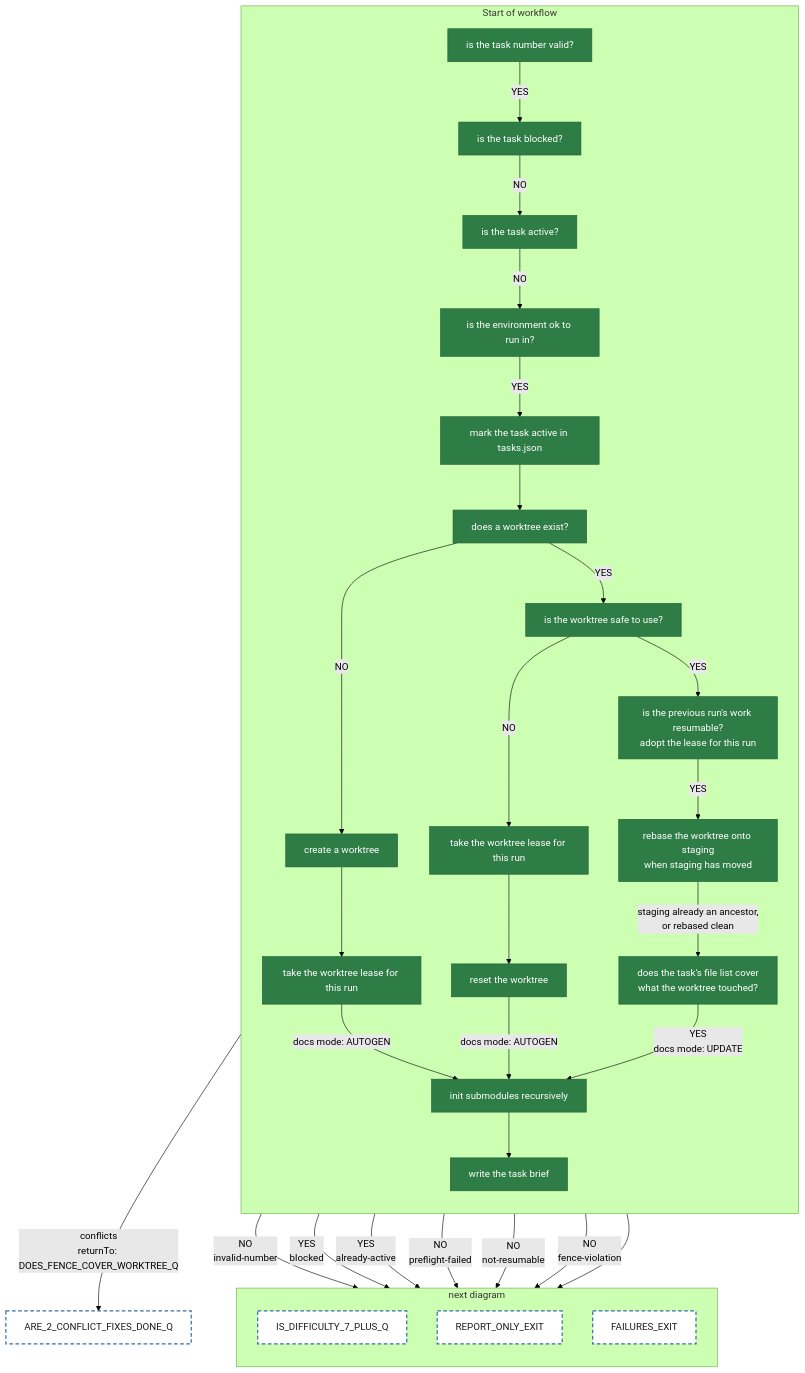
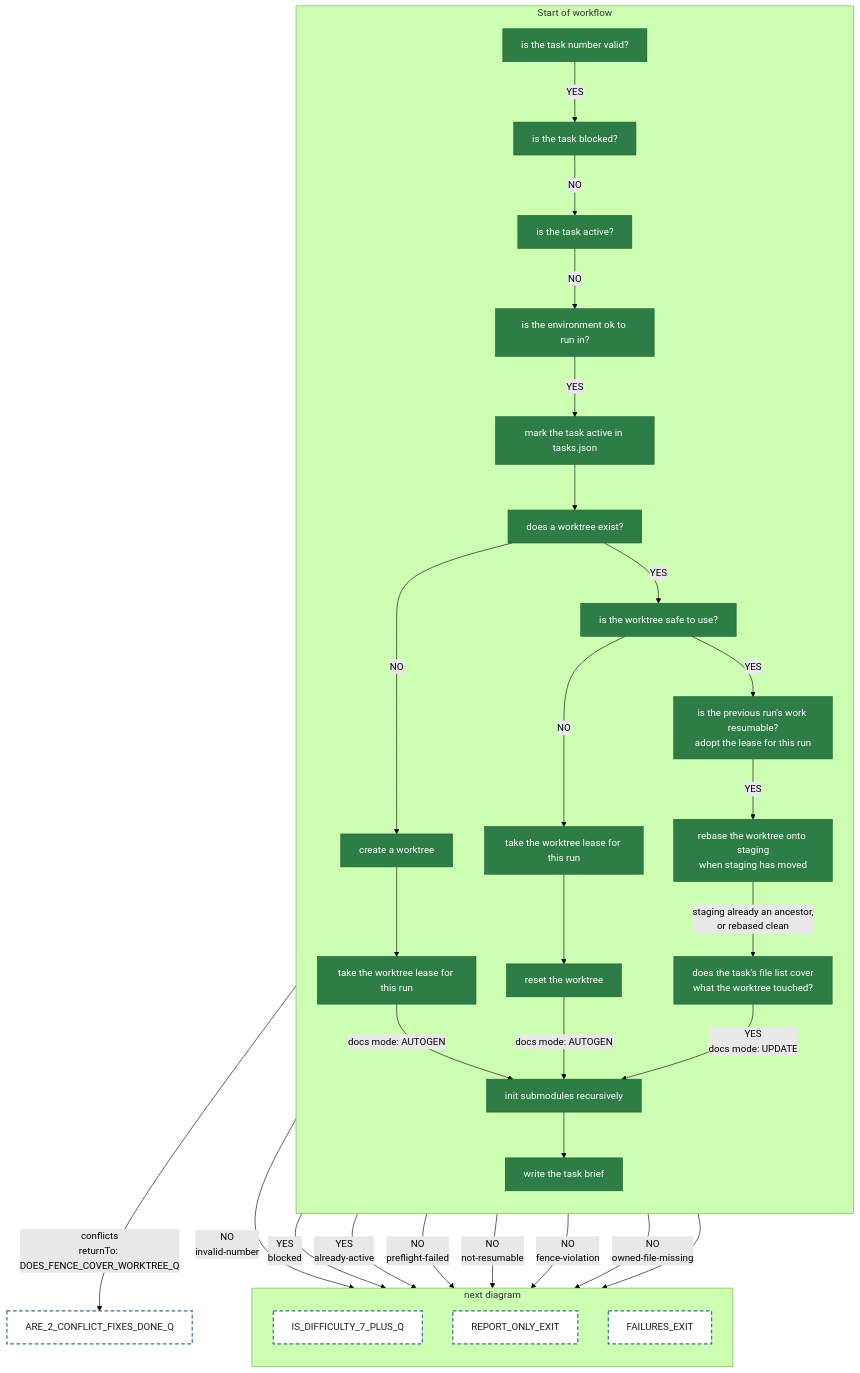
One commit to matkatmusic/taskTools changed the diagram in diagrams/tackle-tasks/pipeline-preambleStatusCheck.mmd. Above: the diagram before and after it, drawn with Mermaid (forest theme). The commit also changed 11 other files, not shown here.

```diff
--- a/diagrams/tackle-tasks/pipeline-preambleStatusCheck.mmd
+++ b/diagrams/tackle-tasks/pipeline-preambleStatusCheck.mmd
@@ -1,63 +1,64 @@
 flowchart TB
 %% One agent() call. /run-step starts at PREAMBLE_STATUS_CHECK. Every path ends at an orange block, a dashed block, or STOP.
 
   subgraph preambleStatusCheck ["Start of workflow"]
     direction TB
     PREAMBLE_STATUS_CHECK["is the task number valid?"]
     IS_TASK_BLOCKED_Q["is the task blocked?"]
     IS_TASK_ACTIVE_Q["is the task active?"]
     PREFLIGHT_OK_Q["is the environment ok to run in?"]
     MARK_TASK_ACTIVE["mark the task active in tasks.json"]
     DOES_WORKTREE_EXIST_Q["does a worktree exist?"]
     CREATE_WORKTREE["create a worktree"]
     TAKE_WORKTREE_LEASE["take the worktree lease for this run"]
     IS_WORKTREE_SAFE_TO_USE_Q["is the worktree safe to use?"]
     TAKE_WORKTREE_LEASE_BEFORE_RESET["take the worktree lease for this run"]
     RESET_WORKTREE["reset the worktree"]
     IS_PREVIOUS_RUN_RESUMABLE_Q["is the previous run's work resumable?<br/>adopt the lease for this run"]
     REBASE_RESUMED_WORKTREE_ONTO_STAGING["rebase the worktree onto staging<br/>when staging has moved"]
     DOES_FENCE_COVER_WORKTREE_Q["does the task's file list cover<br/>what the worktree touched?"]
     INIT_SUBMODULES_RECURSIVELY["init submodules recursively"]
     DOCUMENT_GENERATION["write the task brief"]
   end
   subgraph preambleStatusCheckNext ["next diagram"]
     direction TB
     IS_DIFFICULTY_7_PLUS_Q["IS_DIFFICULTY_7_PLUS_Q"]
     REPORT_ONLY_EXIT["REPORT_ONLY_EXIT"]
     FAILURES_EXIT["FAILURES_EXIT"]
   end
   preambleStatusCheck ~~~ preambleStatusCheckNext
 
   PREAMBLE_STATUS_CHECK -- "NO<br/>invalid-number" --> REPORT_ONLY_EXIT
   PREAMBLE_STATUS_CHECK -- "YES" --> IS_TASK_BLOCKED_Q
   IS_TASK_BLOCKED_Q -- "YES<br/>blocked" --> REPORT_ONLY_EXIT
   IS_TASK_BLOCKED_Q -- "NO" --> IS_TASK_ACTIVE_Q
   IS_TASK_ACTIVE_Q -- "YES<br/>already-active" --> REPORT_ONLY_EXIT
   IS_TASK_ACTIVE_Q -- "NO" --> PREFLIGHT_OK_Q
   PREFLIGHT_OK_Q -- "NO<br/>preflight-failed" --> REPORT_ONLY_EXIT
   PREFLIGHT_OK_Q -- "YES" --> MARK_TASK_ACTIVE
   MARK_TASK_ACTIVE --> DOES_WORKTREE_EXIST_Q
   DOES_WORKTREE_EXIST_Q -- "NO" --> CREATE_WORKTREE
   CREATE_WORKTREE --> TAKE_WORKTREE_LEASE
   TAKE_WORKTREE_LEASE -- "docs mode: AUTOGEN" --> INIT_SUBMODULES_RECURSIVELY
   DOES_WORKTREE_EXIST_Q -- "YES" --> IS_WORKTREE_SAFE_TO_USE_Q
   IS_WORKTREE_SAFE_TO_USE_Q -- "NO" --> TAKE_WORKTREE_LEASE_BEFORE_RESET
   TAKE_WORKTREE_LEASE_BEFORE_RESET --> RESET_WORKTREE
   RESET_WORKTREE -- "docs mode: AUTOGEN" --> INIT_SUBMODULES_RECURSIVELY
   IS_WORKTREE_SAFE_TO_USE_Q -- "YES" --> IS_PREVIOUS_RUN_RESUMABLE_Q
   IS_PREVIOUS_RUN_RESUMABLE_Q -- "NO<br/>not-resumable" --> FAILURES_EXIT
   IS_PREVIOUS_RUN_RESUMABLE_Q -- "YES" --> REBASE_RESUMED_WORKTREE_ONTO_STAGING
   REBASE_RESUMED_WORKTREE_ONTO_STAGING -- "staging already an ancestor,<br/>or rebased clean" --> DOES_FENCE_COVER_WORKTREE_Q
   REBASE_RESUMED_WORKTREE_ONTO_STAGING -- "conflicts<br/>returnTo: DOES_FENCE_COVER_WORKTREE_Q" --> ARE_2_CONFLICT_FIXES_DONE_Q
   DOES_FENCE_COVER_WORKTREE_Q -- "NO<br/>fence-violation" --> FAILURES_EXIT
   DOES_FENCE_COVER_WORKTREE_Q -- "YES<br/>docs mode: UPDATE" --> INIT_SUBMODULES_RECURSIVELY
+  INIT_SUBMODULES_RECURSIVELY -- "NO<br/>owned-file-missing" --> FAILURES_EXIT
   INIT_SUBMODULES_RECURSIVELY --> DOCUMENT_GENERATION
   DOCUMENT_GENERATION --> IS_DIFFICULTY_7_PLUS_Q
 
   classDef script fill:#2f7d46,stroke:#1e5c31,color:#ffffff
   classDef returns_a_prompt fill:#e07b39,stroke:#a8541f,color:#1a1a1a
   classDef fail fill:red,stroke:#254a70,color:#ffffff
   classDef output fill:#3b6ea5,stroke:#254a70,color:#ffffff
   classDef next_diagram fill:#ffffff,stroke:#3b6ea5,stroke-width:2px,stroke-dasharray:6 4,color:#1a1a1a
   class PREAMBLE_STATUS_CHECK,IS_TASK_BLOCKED_Q,IS_TASK_ACTIVE_Q,PREFLIGHT_OK_Q,MARK_TASK_ACTIVE,DOES_WORKTREE_EXIST_Q,CREATE_WORKTREE,TAKE_WORKTREE_LEASE,IS_WORKTREE_SAFE_TO_USE_Q,TAKE_WORKTREE_LEASE_BEFORE_RESET,RESET_WORKTREE,IS_PREVIOUS_RUN_RESUMABLE_Q,REBASE_RESUMED_WORKTREE_ONTO_STAGING,DOES_FENCE_COVER_WORKTREE_Q,INIT_SUBMODULES_RECURSIVELY,DOCUMENT_GENERATION script
   class IS_DIFFICULTY_7_PLUS_Q,REPORT_ONLY_EXIT,FAILURES_EXIT,ARE_2_CONFLICT_FIXES_DONE_Q next_diagram
```
